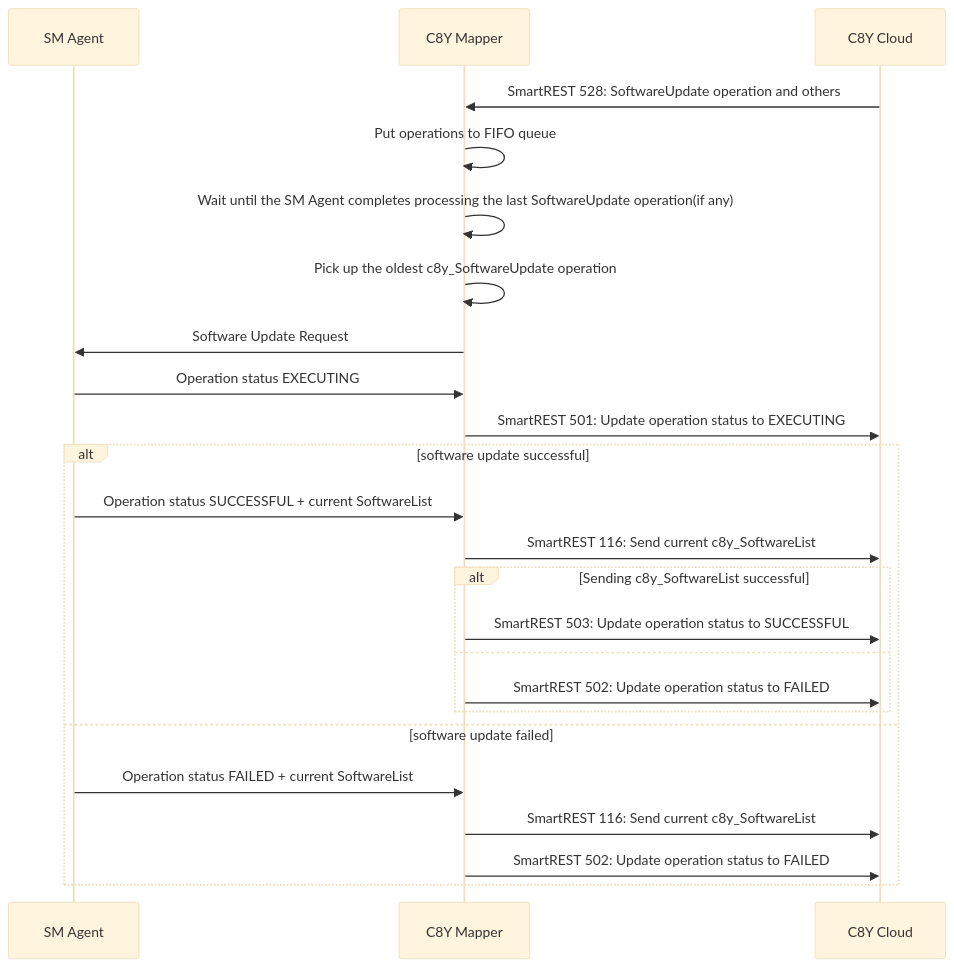
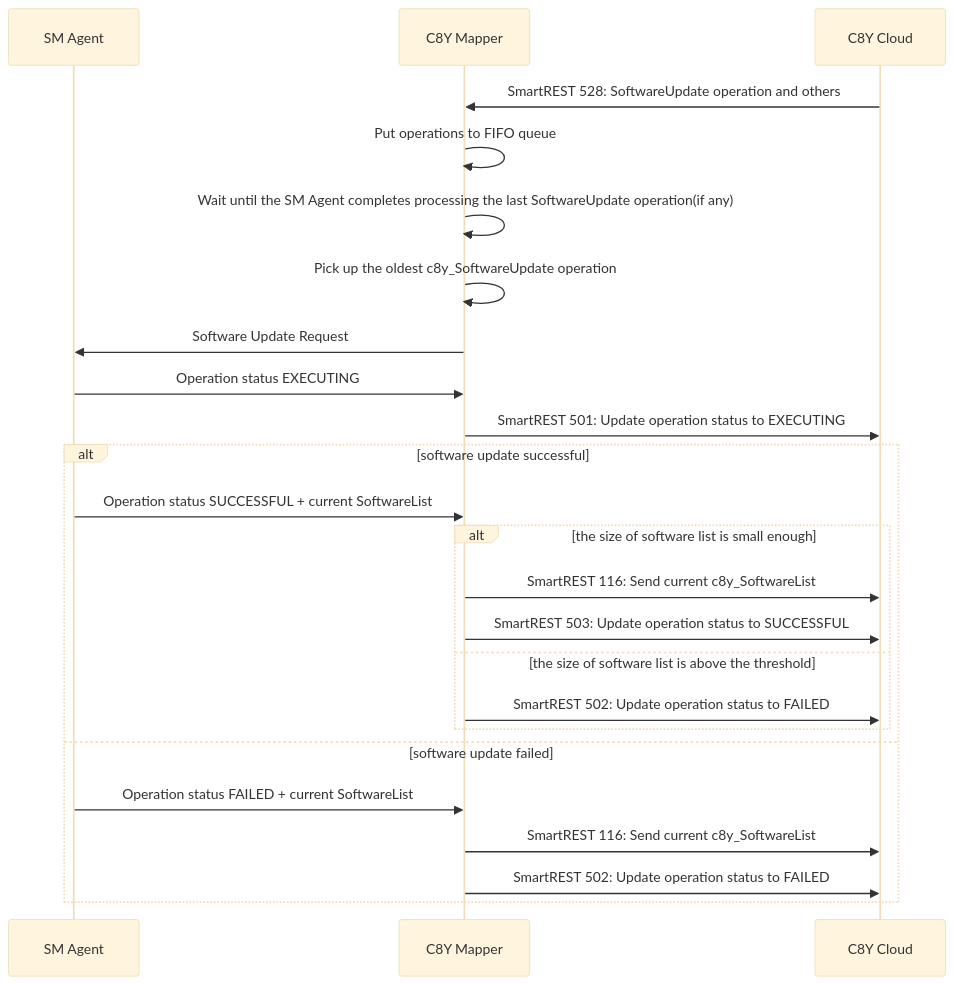
Before and after one commit to thin-edge/thin-edge.io-specs: the second of 2 diagrams in src/software-management/c8y-mapper-operation-handling.md, drawn with Mermaid (base theme). The commit also changed 1 other file, not shown here.

Commit message:
Change the order of 116: Send current c8y_SoftwareList depending on the size of software list

````diff
--- a/src/software-management/c8y-mapper-operation-handling.md
+++ b/src/software-management/c8y-mapper-operation-handling.md
@@ -70,30 +70,30 @@
 ```mermaid
 sequenceDiagram
     participant SM Agent
     participant C8Y Mapper
     participant C8Y Cloud
     
     C8Y Cloud ->> C8Y Mapper: SmartREST 528: SoftwareUpdate operation and others
     C8Y Mapper ->> C8Y Mapper: Put operations to FIFO queue
     C8Y Mapper ->> C8Y Mapper: Wait until the SM Agent completes processing the last SoftwareUpdate operation(if any)
     C8Y Mapper ->> C8Y Mapper: Pick up the oldest c8y_SoftwareUpdate operation
 
     C8Y Mapper ->> SM Agent: Software Update Request
     
     SM Agent ->> C8Y Mapper: Operation status EXECUTING
     C8Y Mapper ->> C8Y Cloud: SmartREST 501: Update operation status to EXECUTING
         
     alt software update successful
         SM Agent ->> C8Y Mapper: Operation status SUCCESSFUL + current SoftwareList
-        C8Y Mapper ->> C8Y Cloud: SmartREST 116: Send current c8y_SoftwareList
-        alt Sending c8y_SoftwareList successful
+        alt the size of software list is small enough
+            C8Y Mapper ->> C8Y Cloud: SmartREST 116: Send current c8y_SoftwareList
             C8Y Mapper ->> C8Y Cloud: SmartREST 503: Update operation status to SUCCESSFUL
-        else 
+        else the size of software list is above the threshold 
             C8Y Mapper ->> C8Y Cloud: SmartREST 502: Update operation status to FAILED
         end
     else software update failed
         SM Agent ->> C8Y Mapper: Operation status FAILED + current SoftwareList
         C8Y Mapper ->> C8Y Cloud: SmartREST 116: Send current c8y_SoftwareList
         C8Y Mapper ->> C8Y Cloud: SmartREST 502: Update operation status to FAILED
     end
 ```
````
